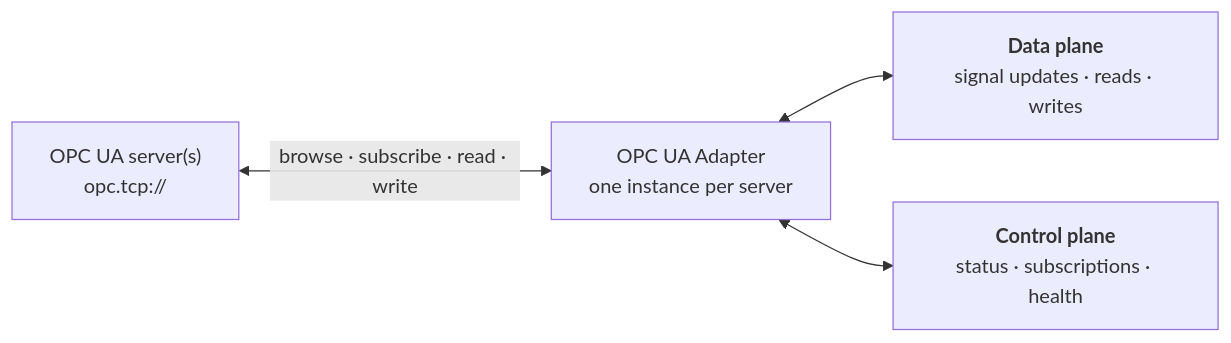
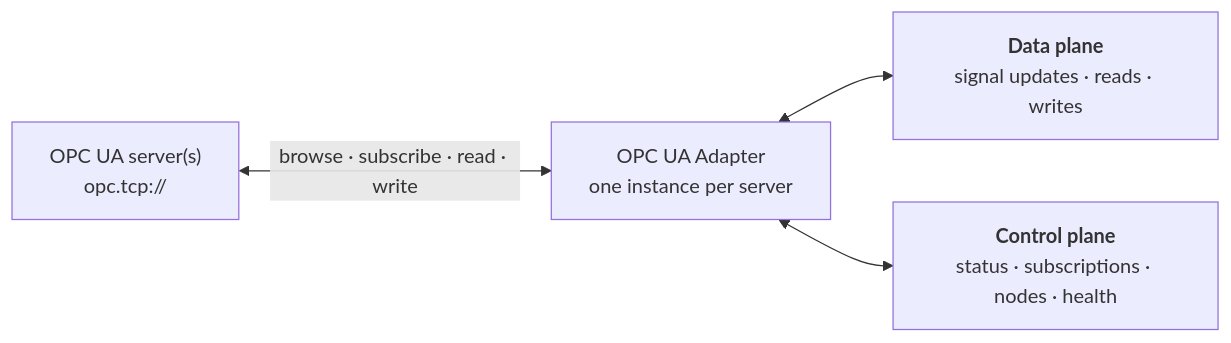
Before and after one commit to edgecommons/opcua-adapter: the first of 2 diagrams in docs/explanation.md, drawn with Mermaid. The commit also changed other lines of this file and 17 other files, not shown here.

````diff
--- a/docs/explanation.md
+++ b/docs/explanation.md
@@ -55,10 +55,10 @@
 ```mermaid
 flowchart LR
     SRV["OPC UA server(s)<br/>opc.tcp://"]
     DEV["OPC UA Adapter<br/>one instance per server"]
     DP["<b>Data plane</b><br/>signal updates · reads · writes"]
-    CP["<b>Control plane</b><br/>status · subscriptions · health"]
+    CP["<b>Control plane</b><br/>status · subscriptions · nodes · health"]
     SRV <-->|"browse · subscribe · read · write"| DEV
     DEV <--> DP
     DEV <--> CP
 ```
````
